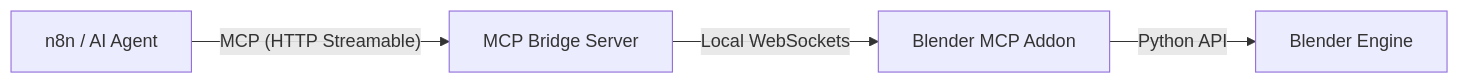
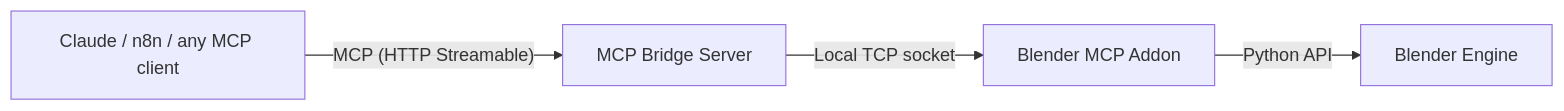
One commit to KHALEDNOAMAN/blender-mcp-bridge changed the first of 2 diagrams in README.md. Above: the diagram before and after it, drawn with Mermaid. The commit also changed other lines of this file and 185 other files, not shown here.

Commit message:
release: v0.1.0 - first PyPI release (blender-mcp-bridge: MCP server for Blender modelling, materials, rendering and 3D-print design rules)

````diff
--- a/README.md
+++ b/README.md
@@ -12,6 +26,6 @@
 ```mermaid
 graph LR
-    n8n[n8n / AI Agent] -- "MCP (HTTP Streamable)" --> Bridge[MCP Bridge Server]
-    Bridge -- "Local WebSockets" --> Addon[Blender MCP Addon]
+    Client[Claude / n8n / any MCP client] -- "MCP (HTTP Streamable)" --> Bridge[MCP Bridge Server]
+    Bridge -- "Local TCP socket" --> Addon[Blender MCP Addon]
     Addon -- "Python API" --> Blender[Blender Engine]
 ```
````
